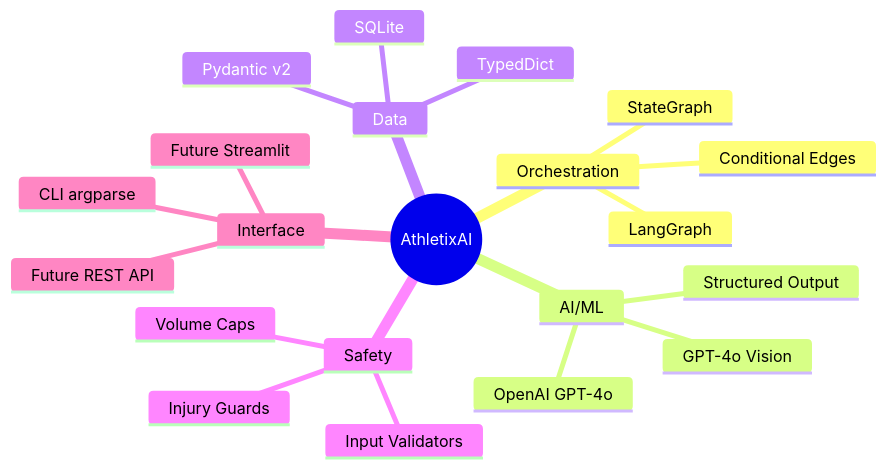
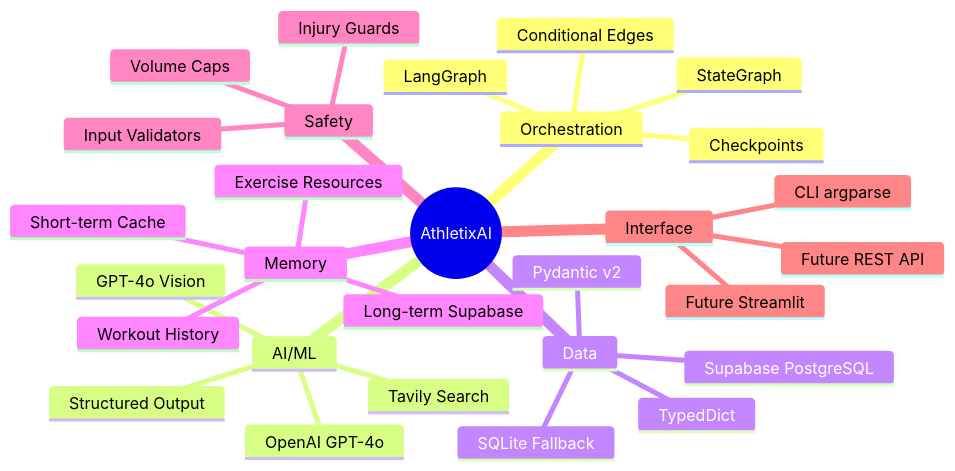
The seventh of 9 diagrams in docs/HLD.md (pankajshakya627/AthletixAI), drawn with Mermaid before and after one commit. The commit also changed other lines of this file, not shown here.

First line of the commit message:
docs: Update HLD with Research Agent and Memory System

````diff
--- a/docs/HLD.md
+++ b/docs/HLD.md
@@ -189,24 +238,32 @@
 ```mermaid
 mindmap
   root((AthletixAI))
     Orchestration
       LangGraph
       StateGraph
       Conditional Edges
+      Checkpoints
     AI/ML
       OpenAI GPT-4o
       GPT-4o Vision
+      Tavily Search
       Structured Output
     Data
       Pydantic v2
       TypedDict
-      SQLite
+      Supabase PostgreSQL
+      SQLite Fallback
+    Memory
+      Long-term Supabase
+      Short-term Cache
+      Exercise Resources
+      Workout History
     Safety
       Input Validators
       Volume Caps
       Injury Guards
     Interface
       CLI argparse
       Future REST API
       Future Streamlit
 ```
````
